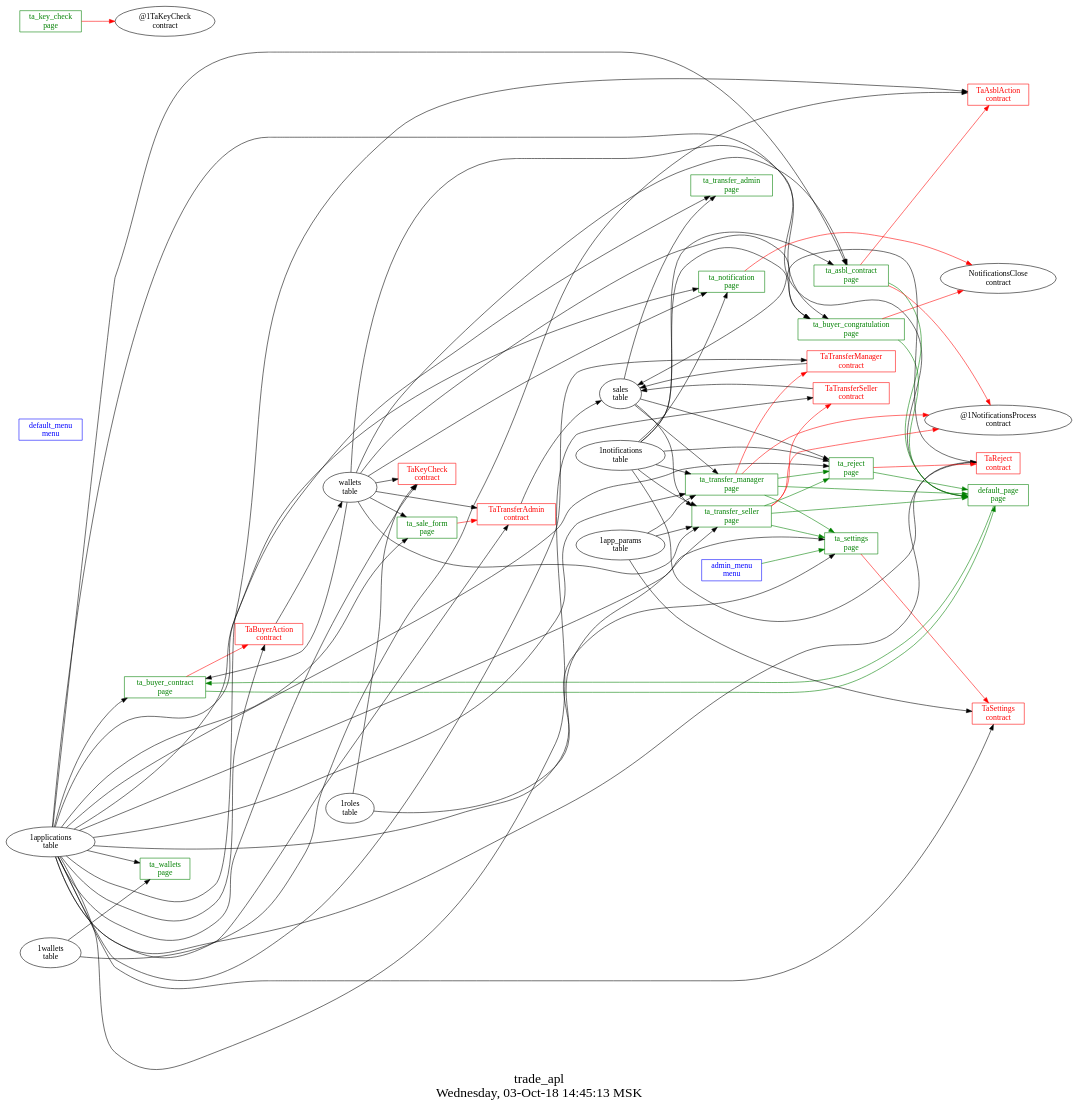
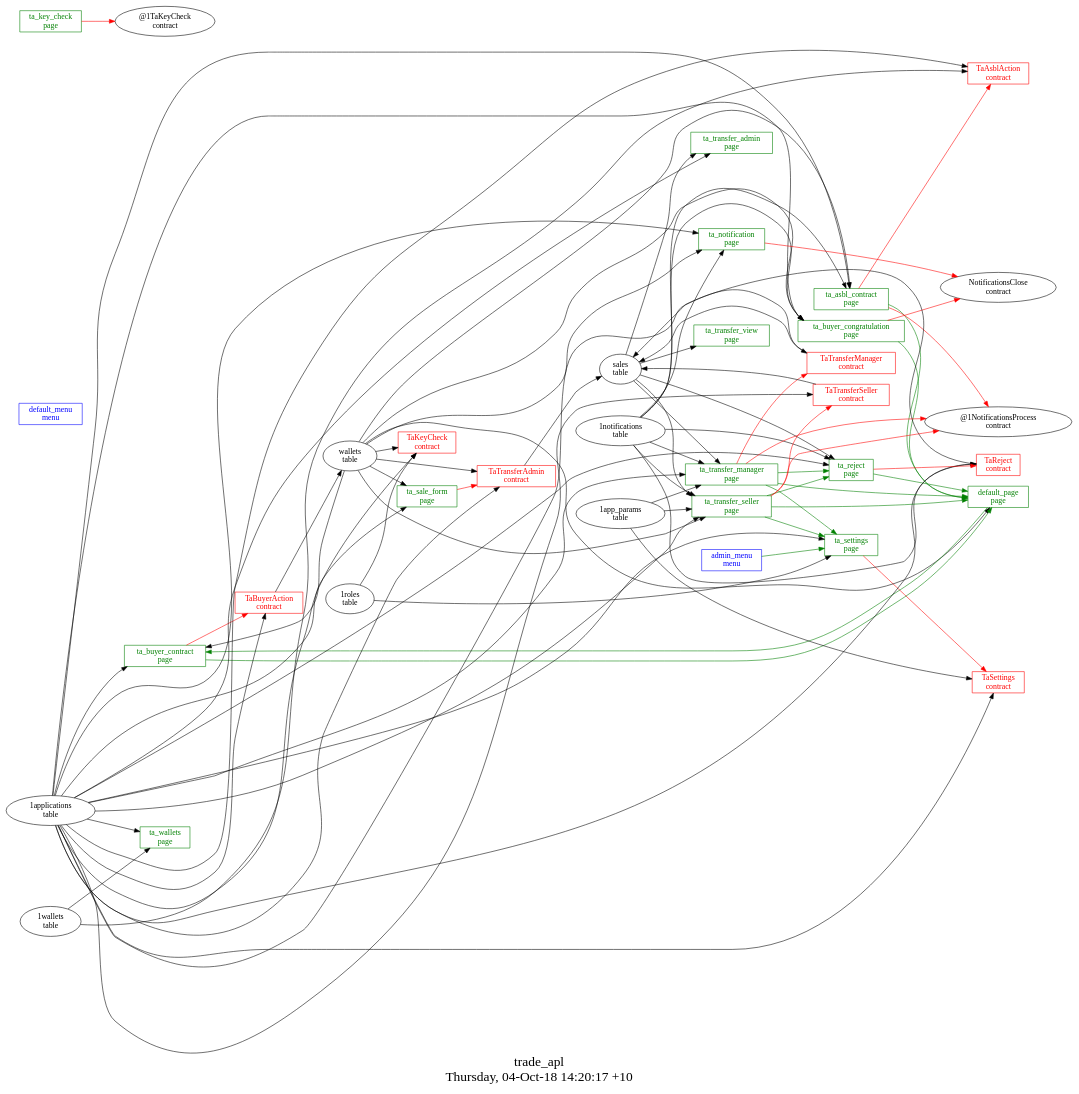
The diagram in other/trade_apl/struct.dot (AplaProject/apps), drawn with Graphviz before and after one commit. The commit also changed 7 other files, not shown here.

Commit message:
Fixed trade_apl

```diff
--- a/other/trade_apl/struct.dot
+++ b/other/trade_apl/struct.dot
@@ -1,111 +1,111 @@
 digraph G {
-graph [
-  fontsize="24";
-  label="trade_apl\nWednesday, 03-Oct-18 14:45:13 MSK";
-  nojustify=true;
-  ordering=out;
-  rankdir=LR;
-  size="30";
-];
+fontsize="24";
+label="trade_apl\nThursday, 04-Oct-18 14:20:17 +10";
+nojustify=true;
+ordering=out;
+rankdir=LR;
+size="30";
 "admin_menu\nmenu" -> "ta_settings\npage"  [ color=green ]
 "admin_menu\nmenu" [color=blue, fontcolor=blue, group=menus, shape=record];
 "default_menu\nmenu" [color=blue, fontcolor=blue, group=menus, shape=record];
 "wallets\ntable" -> "default_page\npage"
 "default_page\npage" -> "ta_buyer_contract\npage"  [ color=green ]
 "default_page\npage" [color=green, fontcolor=green, group=pages, shape=record];
 "ta_asbl_contract\npage" -> "TaAsblAction\ncontract"  [ color=red ]
 "ta_asbl_contract\npage" -> "@1NotificationsProcess\ncontract"  [ color=red ]
 "1applications\ntable" -> "ta_asbl_contract\npage"
 "1notifications\ntable" -> "ta_asbl_contract\npage"
 "wallets\ntable" -> "ta_asbl_contract\npage"
 "ta_asbl_contract\npage" -> "default_page\npage"  [ color=green ]
 "ta_asbl_contract\npage" [color=green, fontcolor=green, group=pages, shape=record];
 "ta_buyer_congratulation\npage" -> "NotificationsClose\ncontract"  [ color=red ]
 "1applications\ntable" -> "ta_buyer_congratulation\npage"
 "1notifications\ntable" -> "ta_buyer_congratulation\npage"
 "wallets\ntable" -> "ta_buyer_congratulation\npage"
 "ta_buyer_congratulation\npage" -> "default_page\npage"  [ color=green ]
 "ta_buyer_congratulation\npage" [color=green, fontcolor=green, group=pages, shape=record];
 "ta_buyer_contract\npage" -> "TaBuyerAction\ncontract"  [ color=red ]
 "1applications\ntable" -> "ta_buyer_contract\npage"
 "wallets\ntable" -> "ta_buyer_contract\npage"
 "ta_buyer_contract\npage" -> "default_page\npage"  [ color=green ]
 "ta_buyer_contract\npage" [color=green, fontcolor=green, group=pages, shape=record];
 "ta_key_check\npage" -> "@1TaKeyCheck\ncontract"  [ color=red ]
 "ta_key_check\npage" [color=green, fontcolor=green, group=pages, shape=record];
 "ta_notification\npage" -> "NotificationsClose\ncontract"  [ color=red ]
 "1applications\ntable" -> "ta_notification\npage"
 "1notifications\ntable" -> "ta_notification\npage"
 "wallets\ntable" -> "ta_notification\npage"
 "ta_notification\npage" [color=green, fontcolor=green, group=pages, shape=record];
 "ta_reject\npage" -> "TaReject\ncontract"  [ color=red ]
 "1applications\ntable" -> "ta_reject\npage"
 "1notifications\ntable" -> "ta_reject\npage"
 "sales\ntable" -> "ta_reject\npage"
 "ta_reject\npage" -> "default_page\npage"  [ color=green ]
 "ta_reject\npage" [color=green, fontcolor=green, group=pages, shape=record];
 "ta_sale_form\npage" -> "TaTransferAdmin\ncontract"  [ color=red ]
 "1applications\ntable" -> "ta_sale_form\npage"
 "wallets\ntable" -> "ta_sale_form\npage"
 "ta_sale_form\npage" [color=green, fontcolor=green, group=pages, shape=record];
 "ta_settings\npage" -> "TaSettings\ncontract"  [ color=red ]
 "1applications\ntable" -> "ta_settings\npage"
 "1roles\ntable" -> "ta_settings\npage"
 "ta_settings\npage" [color=green, fontcolor=green, group=pages, shape=record];
 "1applications\ntable" -> "ta_transfer_admin\npage"
 "sales\ntable" -> "ta_transfer_admin\npage"
 "ta_transfer_admin\npage" [color=green, fontcolor=green, group=pages, shape=record];
 "ta_transfer_manager\npage" -> "TaTransferManager\ncontract"  [ color=red ]
 "ta_transfer_manager\npage" -> "@1NotificationsProcess\ncontract"  [ color=red ]
 "1applications\ntable" -> "ta_transfer_manager\npage"
 "1notifications\ntable" -> "ta_transfer_manager\npage"
 "sales\ntable" -> "ta_transfer_manager\npage"
 "1app_params\ntable" -> "ta_transfer_manager\npage"
 "ta_transfer_manager\npage" -> "ta_reject\npage"  [ color=green ]
 "ta_transfer_manager\npage" -> "default_page\npage"  [ color=green ]
 "ta_transfer_manager\npage" -> "ta_settings\npage"  [ color=green ]
 "ta_transfer_manager\npage" [color=green, fontcolor=green, group=pages, shape=record];
 "ta_transfer_seller\npage" -> "TaTransferSeller\ncontract"  [ color=red ]
 "ta_transfer_seller\npage" -> "@1NotificationsProcess\ncontract"  [ color=red ]
 "1applications\ntable" -> "ta_transfer_seller\npage"
 "1notifications\ntable" -> "ta_transfer_seller\npage"
 "sales\ntable" -> "ta_transfer_seller\npage"
 "wallets\ntable" -> "ta_transfer_seller\npage"
 "1app_params\ntable" -> "ta_transfer_seller\npage"
 "ta_transfer_seller\npage" -> "ta_reject\npage"  [ color=green ]
 "ta_transfer_seller\npage" -> "default_page\npage"  [ color=green ]
 "ta_transfer_seller\npage" -> "ta_settings\npage"  [ color=green ]
 "ta_transfer_seller\npage" [color=green, fontcolor=green, group=pages, shape=record];
+"sales\ntable" -> "ta_transfer_view\npage"
+"ta_transfer_view\npage" [color=green, fontcolor=green, group=pages, shape=record];
 "1applications\ntable" -> "ta_wallets\npage"
 "1wallets\ntable" -> "ta_wallets\npage"
 "ta_wallets\npage" [color=green, fontcolor=green, group=pages, shape=record];
 "1applications\ntable" -> "TaAsblAction\ncontract"
 "1wallets\ntable" -> "TaAsblAction\ncontract"
 "TaAsblAction\ncontract" [color=red, fontcolor=red, group=contracts, shape=record];
 "TaBuyerAction\ncontract" -> "wallets\ntable"  [ color="" ]
 "1applications\ntable" -> "TaBuyerAction\ncontract"
 "TaBuyerAction\ncontract" [color=red, fontcolor=red, group=contracts, shape=record];
 "wallets\ntable" -> "TaKeyCheck\ncontract"
 "1applications\ntable" -> "TaKeyCheck\ncontract"
 "1roles\ntable" -> "TaKeyCheck\ncontract"
 "TaKeyCheck\ncontract" [color=red, fontcolor=red, group=contracts, shape=record];
 "TaReject\ncontract" -> "sales\ntable"  [ color="" ]
 "1applications\ntable" -> "TaReject\ncontract"
 "1notifications\ntable" -> "TaReject\ncontract"
 "TaReject\ncontract" [color=red, fontcolor=red, group=contracts, shape=record];
 "1applications\ntable" -> "TaSettings\ncontract"
 "1app_params\ntable" -> "TaSettings\ncontract"
 "TaSettings\ncontract" [color=red, fontcolor=red, group=contracts, shape=record];
 "TaTransferAdmin\ncontract" -> "sales\ntable"  [ color="" ]
 "1applications\ntable" -> "TaTransferAdmin\ncontract"
 "wallets\ntable" -> "TaTransferAdmin\ncontract"
 "TaTransferAdmin\ncontract" [color=red, fontcolor=red, group=contracts, shape=record];
 "TaTransferManager\ncontract" -> "sales\ntable"  [ color="" ]
 "1applications\ntable" -> "TaTransferManager\ncontract"
 "TaTransferManager\ncontract" [color=red, fontcolor=red, group=contracts, shape=record];
 "TaTransferSeller\ncontract" -> "sales\ntable"  [ color="" ]
 "1applications\ntable" -> "TaTransferSeller\ncontract"
 "TaTransferSeller\ncontract" [color=red, fontcolor=red, group=contracts, shape=record];
 "sales\ntable" [color="", fontcolor="", group=tables, shape=""];
 "wallets\ntable" [color="", fontcolor="", group=tables, shape=""];
 }
```
